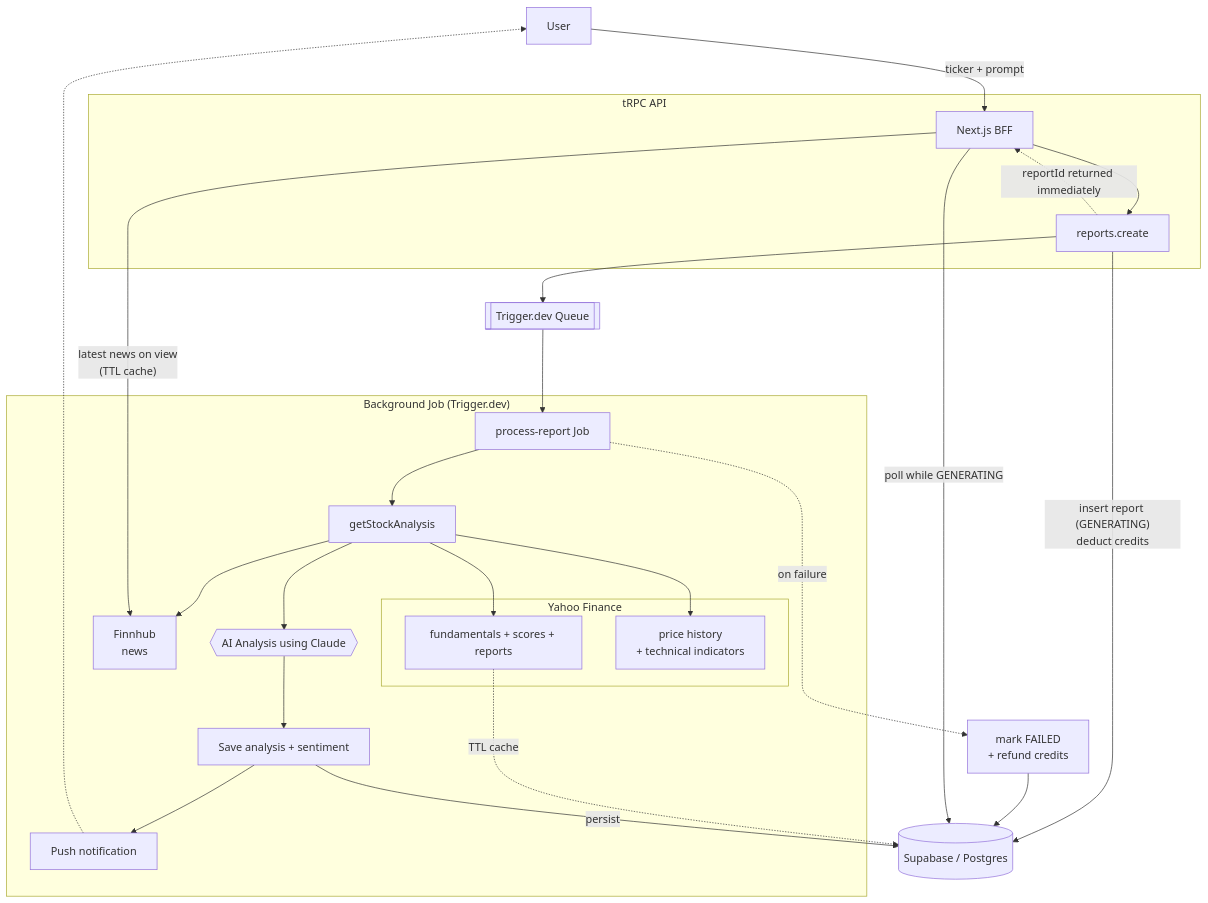
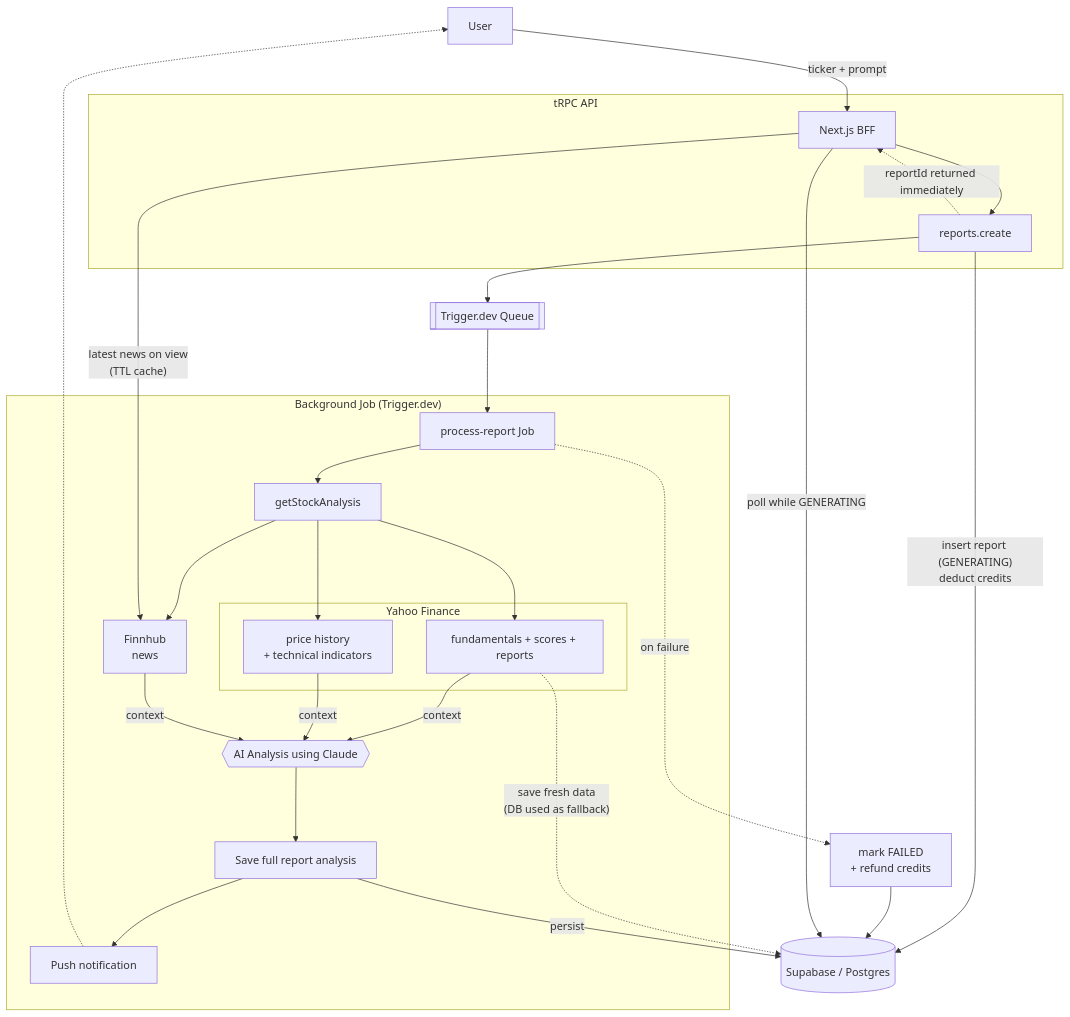
One commit to Miguelii/brew-stock-ai changed the diagram in README.md. Above: the diagram before and after it, drawn with Mermaid. The commit also changed 21 other files, not shown here.

Commit message:
feat: improve yahoo data (#98)

````diff
--- a/README.md
+++ b/README.md
@@ -31,42 +31,44 @@
 ```mermaid
 flowchart TD
     U["User"] -->|"ticker + prompt"| UI["Next.js BFF"]
 
     subgraph API["tRPC API"]
         UI --> CR["reports.create"]
     end
 
     PG[("Supabase / Postgres")]
     TQ[["Trigger.dev Queue"]]
 
     CR -->|"insert report (GENERATING)\ndeduct credits"| PG
     CR --> TQ
     CR -.->|"reportId returned immediately"| UI
 
     subgraph BG["Background Job (Trigger.dev)"]
         JOB["process-report Job"] --> ANALYSIS["getStockAnalysis"]
 
         subgraph YF["Yahoo Finance"]
             YAHOO["fundamentals + scores + reports"]
             PRICE["price history\n+ technical indicators"]
         end
 
         ANALYSIS --> YAHOO
         ANALYSIS --> PRICE
         ANALYSIS --> FINNHUB["Finnhub\nnews"]
 
-        ANALYSIS --> AI{{"AI Analysis using Claude"}}
-        AI --> SAVE["Save analysis + sentiment"]
+        YAHOO -->|"context"| AI{{"AI Analysis using Claude"}}
+        PRICE -->|"context"| AI
+        FINNHUB -->|"context"| AI
+        AI --> SAVE["Save full report analysis"]
         SAVE --> PUSH["Push notification"]
     end
 
     TQ --> JOB
     JOB -.->|"on failure"| FAIL["mark FAILED\n+ refund credits"]
     FAIL --> PG
-    YAHOO -.->|"TTL cache"| PG
+    YAHOO -.->|"save fresh data\n(DB used as fallback)"| PG
     SAVE -->|"persist"| PG
 
     PUSH -.-> U
     UI -->|"poll while GENERATING\n"| PG
     UI -->|"latest news on view\n(TTL cache)"| FINNHUB
 ```
````
